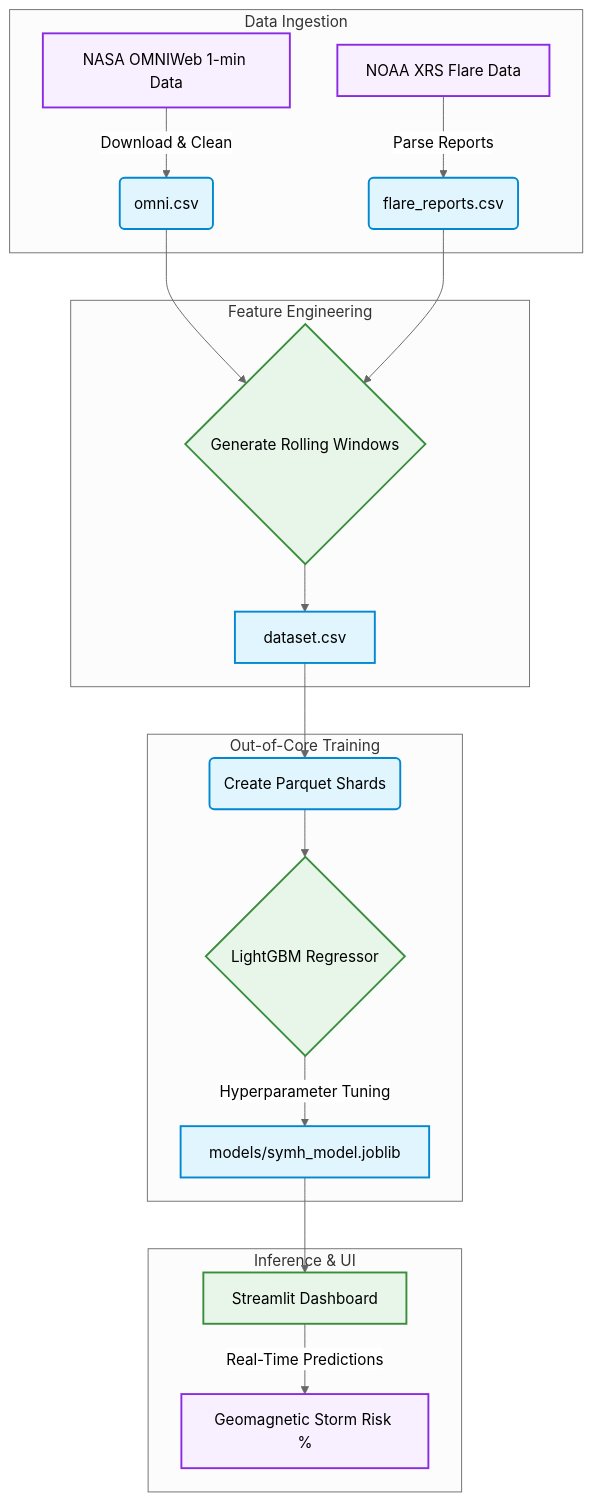
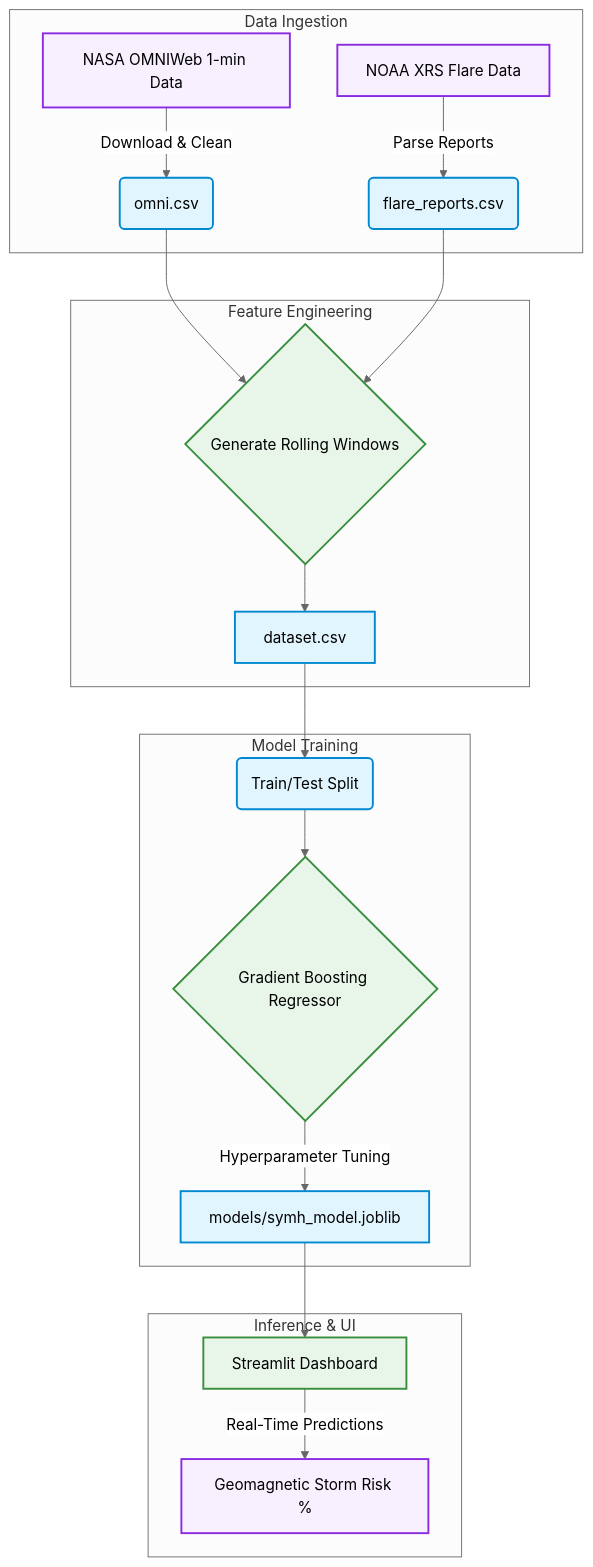
One commit to Shashank17singh/SolarWind-Forecaster changed the diagram in README.md. Above: the diagram before and after it, drawn with Mermaid (neutral theme). The commit also changed other lines of this file, not shown here.

````diff
--- a/README.md
+++ b/README.md
@@ -24,32 +24,32 @@
 ```mermaid
 graph TD
     subgraph "Data Ingestion"
     A[NASA OMNIWeb 1-min Data] -->|Download & Clean| B(omni.csv)
     C[NOAA XRS Flare Data] -->|Parse Reports| D(flare_reports.csv)
     end
     
     subgraph "Feature Engineering"
     B --> E{Generate Rolling Windows}
     D --> E
     E --> F[dataset.csv]
     end
     
-    subgraph "Out-of-Core Training"
-    F --> G(Create Parquet Shards)
-    G --> H{LightGBM Regressor}
+    subgraph "Model Training"
+    F --> G(Train/Test Split)
+    G --> H{Gradient Boosting Regressor}
     H -->|Hyperparameter Tuning| I[models/symh_model.joblib]
     end
     
     subgraph "Inference & UI"
     I --> J[Streamlit Dashboard]
     J -->|Real-Time Predictions| K[Geomagnetic Storm Risk %]
     end
     
     classDef io fill:#f9f0ff,stroke:#8a2be2,stroke-width:2px,color:#000;
     classDef core fill:#e1f5fe,stroke:#0288d1,stroke-width:2px,color:#000;
     classDef logic fill:#e8f5e9,stroke:#388e3c,stroke-width:2px,color:#000;
     
     class A,C,K io;
     class B,D,F,G,I core;
     class E,H,J logic;
 ```
````
